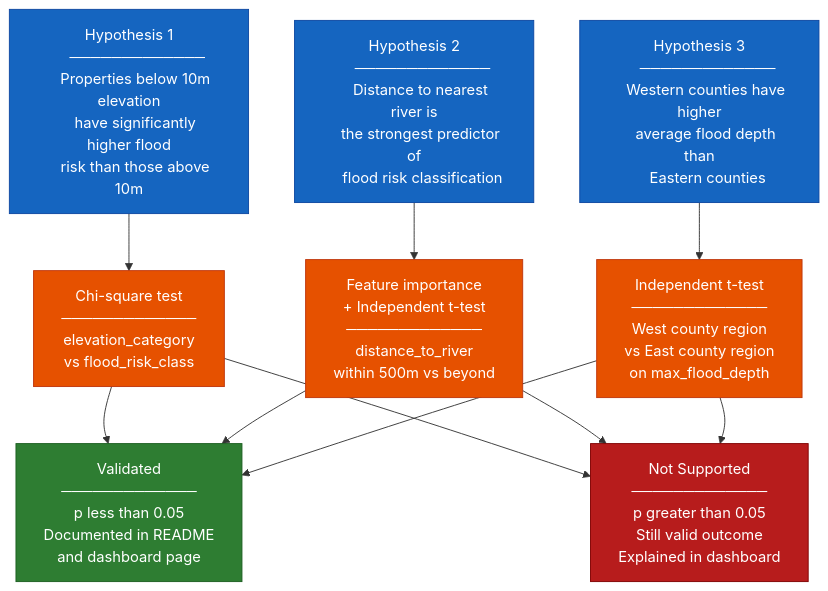
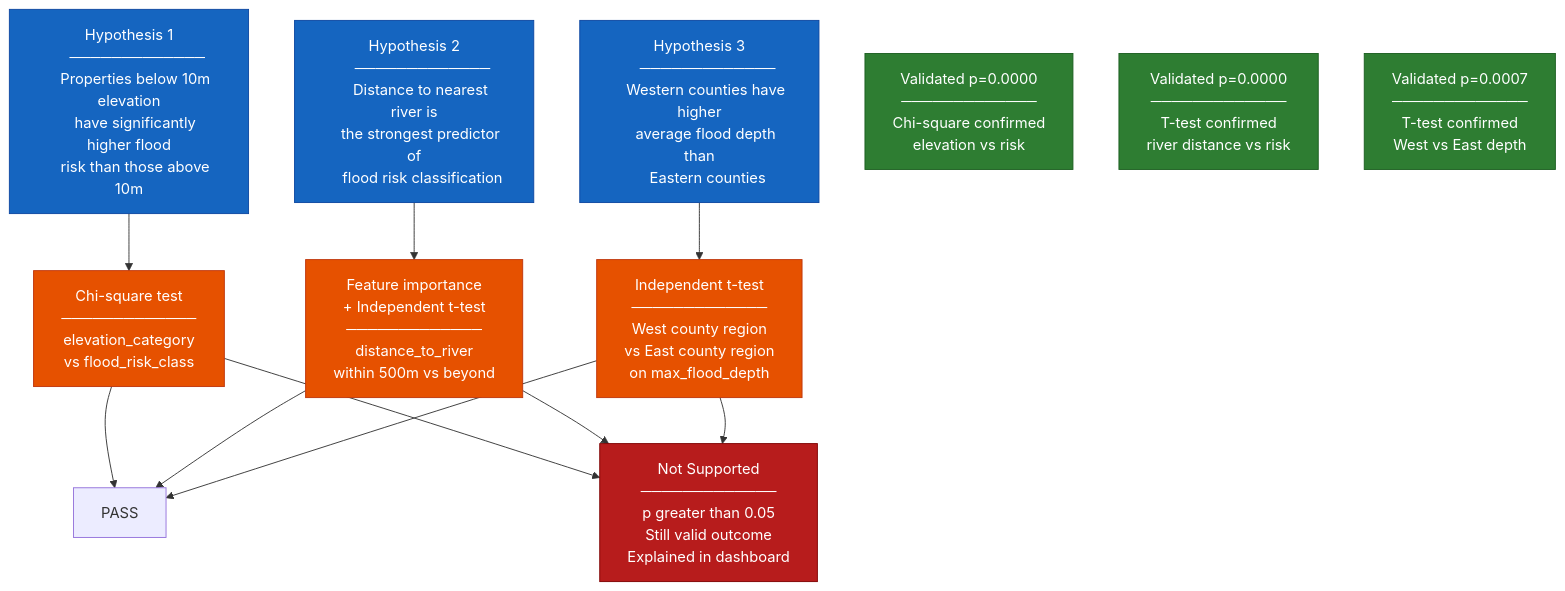
One commit to Alumsdesigns/floodsave changed the diagram in docs/hypothesis_validation.md. Above: the diagram before and after it, drawn with Mermaid.

Commit message:
docs: update hypothesis diagram with real p-values

````diff
--- a/docs/hypothesis_validation.md
+++ b/docs/hypothesis_validation.md
@@ -17,64 +17,73 @@
 ```mermaid
 graph TD
     classDef hyp  fill:#1565C0,color:#fff,stroke:#0D47A1
     classDef test fill:#E65100,color:#fff,stroke:#BF360C
     classDef pass fill:#2E7D32,color:#fff,stroke:#1B5E20
     classDef fail fill:#B71C1C,color:#fff,stroke:#7F0000
 
     H1["Hypothesis 1
     ─────────────
     Properties below 10m elevation
     have significantly higher flood
     risk than those above 10m"]:::hyp
 
     H2["Hypothesis 2
     ─────────────
     Distance to nearest river is
     the strongest predictor of
     flood risk classification"]:::hyp
 
     H3["Hypothesis 3
     ─────────────
     Western counties have higher
     average flood depth than
     Eastern counties"]:::hyp
 
     T1["Chi-square test
     ─────────────
     elevation_category
     vs flood_risk_class"]:::test
 
     T2["Feature importance
     + Independent t-test
     ─────────────
     distance_to_river
     within 500m vs beyond"]:::test
 
     T3["Independent t-test
     ─────────────
     West county region
     vs East county region
     on max_flood_depth"]:::test
 
-    PASS["Validated
+    PASS1["Validated p=0.0000
     ─────────────
-    p less than 0.05
-    Documented in README
-    and dashboard page"]:::pass
+    Chi-square confirmed
+    elevation vs risk"]:::pass
+
+    PASS2["Validated p=0.0000
+    ─────────────
+    T-test confirmed
+    river distance vs risk"]:::pass
+
+    PASS3["Validated p=0.0007
+    ─────────────
+    T-test confirmed
+    West vs East depth"]:::pass
 
     FAIL["Not Supported
     ─────────────
     p greater than 0.05
     Still valid outcome
     Explained in dashboard"]:::fail
 
     H1 --> T1
     H2 --> T2
     H3 --> T3
     T1 --> PASS
     T1 --> FAIL
     T2 --> PASS
     T2 --> FAIL
     T3 --> PASS
     T3 --> FAIL
 ```
````
